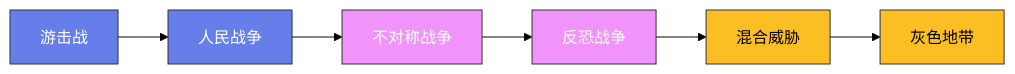
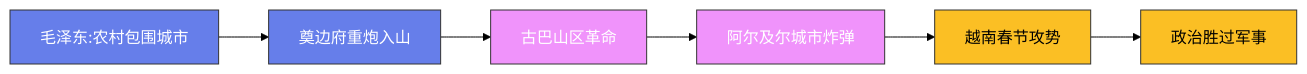
One commit to Fengur/Fengur.github.io changed the diagram in content/posts/ModelCreate/军事史/12-游击战与反殖民战争.md. Above: the diagram before and after it, drawn with Mermaid (forest theme). The commit also changed 28 other files, not shown here.

````diff
--- a/content/posts/ModelCreate/军事史/12-游击战与反殖民战争.md
+++ b/content/posts/ModelCreate/军事史/12-游击战与反殖民战争.md
@@ -35,16 +35,16 @@
 ```mermaid
 graph LR
-    A["游击战"] --> B["人民战争"]
-    B --> C["不对称战争"]
-    C --> D["反恐战争"]
-    D --> E["混合威胁"]
-    E --> F["灰色地带"]
+    A["毛泽东:农村包围城市"] --> B["奠边府重炮入山"]
+    B --> C["古巴山区革命"]
+    C --> D["阿尔及尔城市炸弹"]
+    D --> E["越南春节攻势"]
+    E --> F["政治胜过军事"]
 
     classDef early fill:#667eea,stroke:#333,color:white
     classDef mid fill:#f093fb,stroke:#333,color:white
     classDef modern fill:#fbbf24,stroke:#333,color:black
 
     class A,B early
     class C,D mid
     class E,F modern
 ```
````
